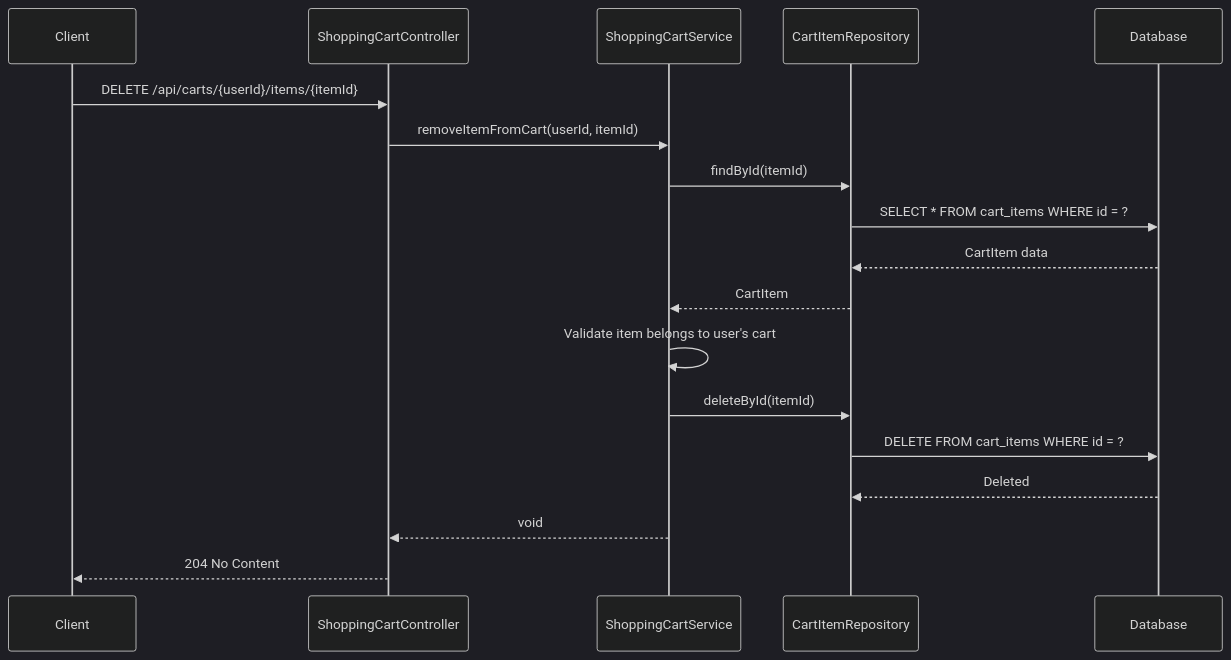
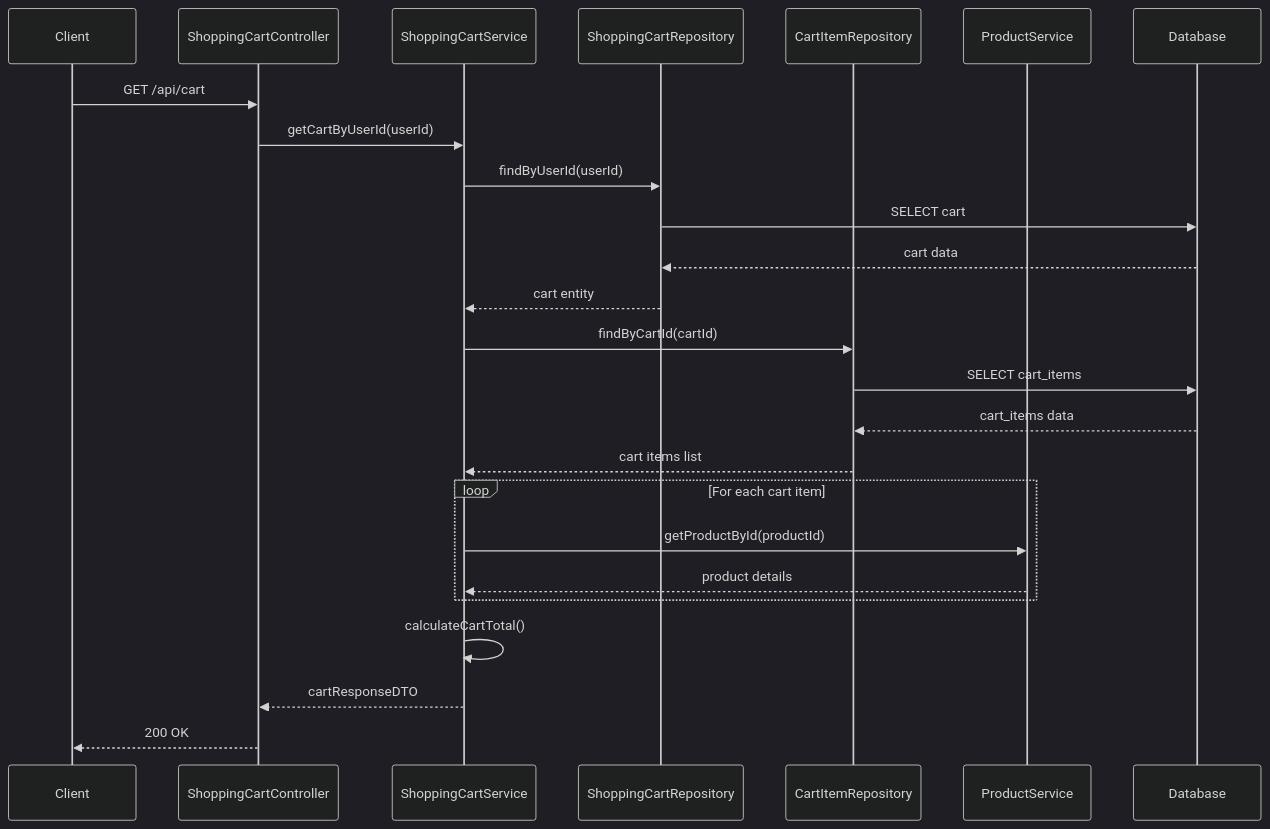
Diagram 11 of 13 in docs/LLD/modified_lld.md (NavneetBN47/aava-ecom-demo), drawn with Mermaid (dark theme) before and after one commit. The commit also changed other lines of this file, not shown here.

````diff
--- a/docs/LLD/modified_lld.md
+++ b/docs/LLD/modified_lld.md
@@ -532,23 +517,28 @@
 ```mermaid
 sequenceDiagram
     participant Client
     participant ShoppingCartController
     participant ShoppingCartService
+    participant ShoppingCartRepository
     participant CartItemRepository
+    participant ProductService
     participant Database
 
-    Client->>ShoppingCartController: DELETE /api/carts/{userId}/items/{itemId}
-    ShoppingCartController->>ShoppingCartService: removeItemFromCart(userId, itemId)
-    ShoppingCartService->>CartItemRepository: findById(itemId)
-    CartItemRepository->>Database: SELECT * FROM cart_items WHERE id = ?
-    Database-->>CartItemRepository: CartItem data
-    CartItemRepository-->>ShoppingCartService: CartItem
-    
-    ShoppingCartService->>ShoppingCartService: Validate item belongs to user's cart
-    ShoppingCartService->>CartItemRepository: deleteById(itemId)
-    CartItemRepository->>Database: DELETE FROM cart_items WHERE id = ?
-    Database-->>CartItemRepository: Deleted
-    
-    ShoppingCartService-->>ShoppingCartController: void
-    ShoppingCartController-->>Client: 204 No Content
+    Client->>ShoppingCartController: GET /api/cart
+    ShoppingCartController->>ShoppingCartService: getCartByUserId(userId)
+    ShoppingCartService->>ShoppingCartRepository: findByUserId(userId)
+    ShoppingCartRepository->>Database: SELECT cart
+    Database-->>ShoppingCartRepository: cart data
+    ShoppingCartRepository-->>ShoppingCartService: cart entity
+    ShoppingCartService->>CartItemRepository: findByCartId(cartId)
+    CartItemRepository->>Database: SELECT cart_items
+    Database-->>CartItemRepository: cart_items data
+    CartItemRepository-->>ShoppingCartService: cart items list
+    loop For each cart item
+        ShoppingCartService->>ProductService: getProductById(productId)
+        ProductService-->>ShoppingCartService: product details
+    end
+    ShoppingCartService->>ShoppingCartService: calculateCartTotal()
+    ShoppingCartService-->>ShoppingCartController: cartResponseDTO
+    ShoppingCartController-->>Client: 200 OK
 ```
````
